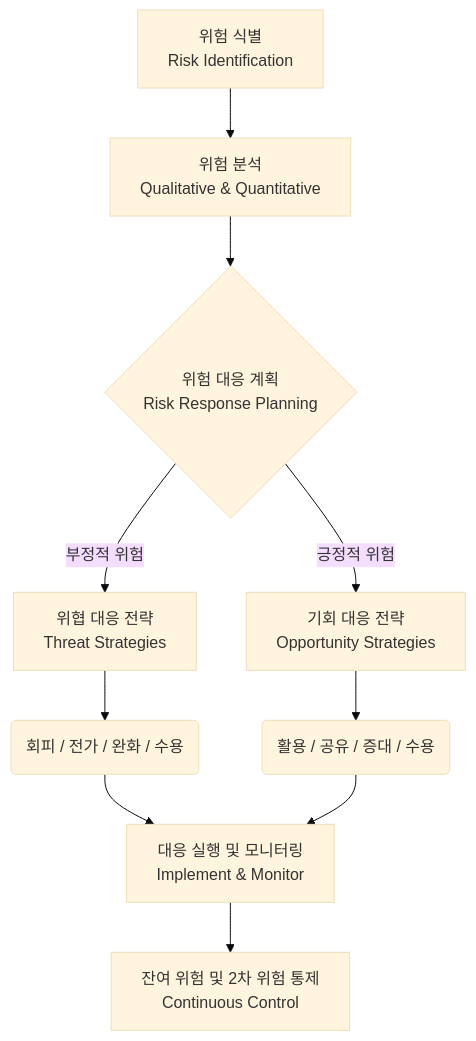
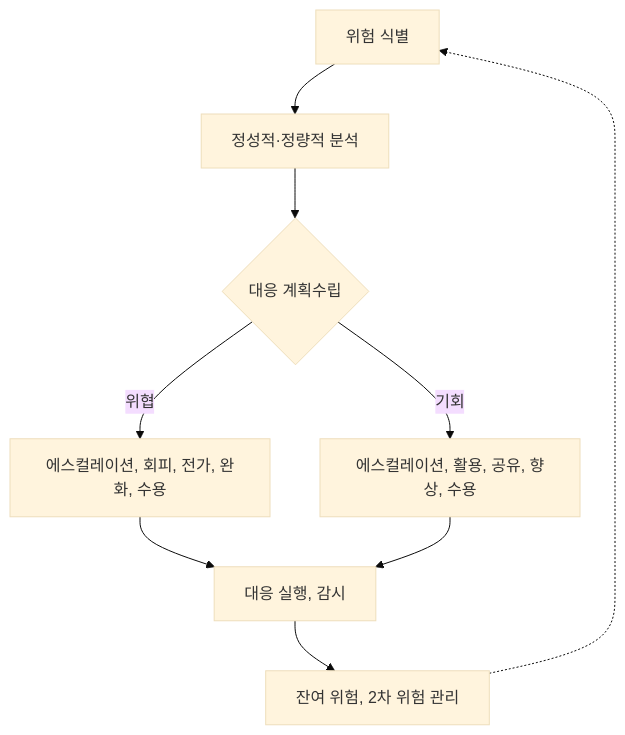
Before and after one commit to supremethumb/supremethumb.github.io: the diagram in content/01_IT Tech/위험 대응.md, drawn with Mermaid (base theme). The commit also changed other lines of this file and 1087 other files, not shown here.

````diff
--- a/content/01_IT Tech/위험 대응.md
+++ b/content/01_IT Tech/위험 대응.md
@@ -26,17 +35,11 @@
 ```mermaid
 flowchart TD
-    A[위험 식별\nRisk Identification] --> B[위험 분석\nQualitative & Quantitative]
-    B --> C{위험 대응 계획\nRisk Response Planning}
-    
-    C -->|부정적 위험| T[위협 대응 전략\nThreat Strategies]
-    C -->|긍정적 위험| O[기회 대응 전략\nOpportunity Strategies]
-    
-    T --> T1(회피 / 전가 / 완화 / 수용)
-    O --> O1(활용 / 공유 / 증대 / 수용)
-    
-    T1 --> E[대응 실행 및 모니터링\nImplement & Monitor]
-    O1 --> E
-    
-    E --> F[잔여 위험 및 2차 위험 통제\nContinuous Control]
-
+    A["위험 식별"] --> B["정성적·정량적 분석"]
+    B --> C{"대응 계획수립"}
+    C -->|"위협"| T["에스컬레이션, 회피, 전가, 완화, 수용"]
+    C -->|"기회"| O["에스컬레이션, 활용, 공유, 향상, 수용"]
+    T --> E["대응 실행, 감시"]
+    O --> E
+    E --> F["잔여 위험, 2차 위험 관리"]
+    F -.-> A
 ```
````
